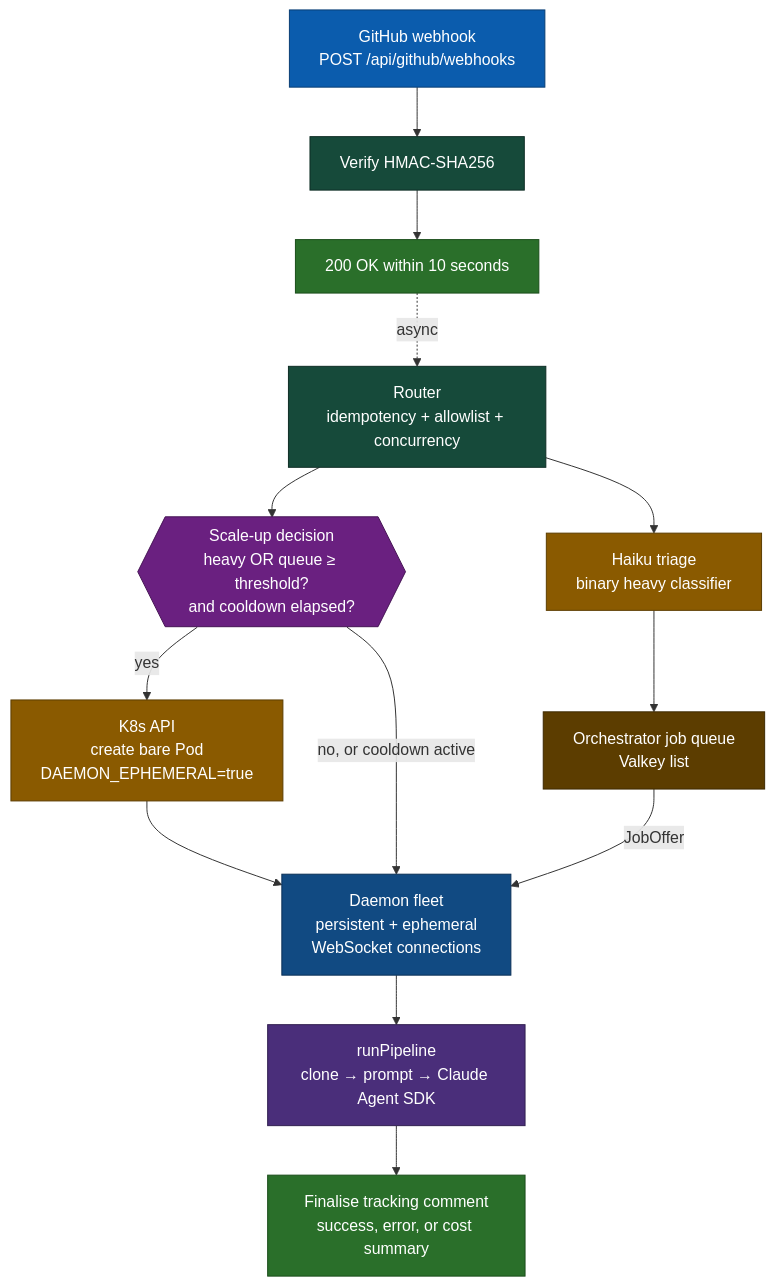
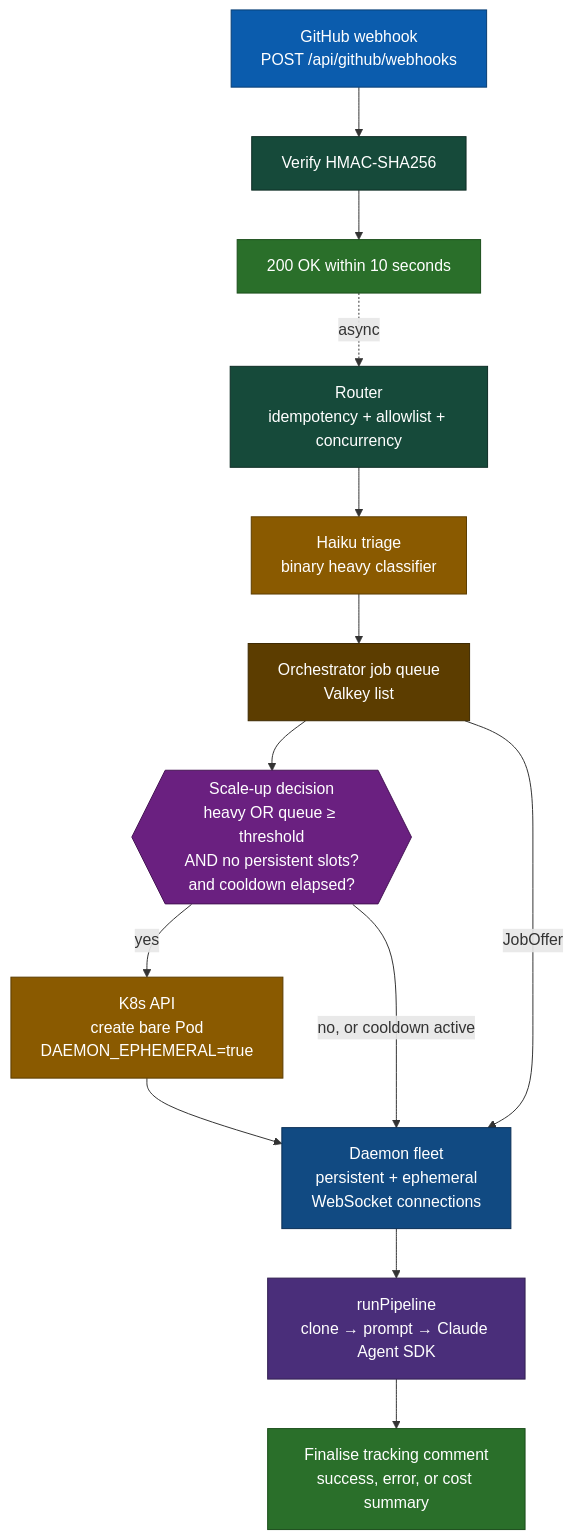
Before and after one commit to chrisleekr/github-app-playground: the diagram in docs/ARCHITECTURE.md, drawn with Mermaid. The commit also changed 10 other files, not shown here.

````diff
--- a/docs/ARCHITECTURE.md
+++ b/docs/ARCHITECTURE.md
@@ -7,36 +7,36 @@
 ```mermaid
 flowchart TD
     GH["GitHub webhook<br/>POST /api/github/webhooks"]:::entry
     VERIFY["Verify HMAC-SHA256"]:::guard
     ACK["200 OK within 10 seconds"]:::ack
     ROUTE["Router<br/>idempotency + allowlist + concurrency"]:::guard
     TR["Haiku triage<br/>binary heavy classifier"]:::decide
     QUEUE["Orchestrator job queue<br/>Valkey list"]:::store
-    SCALE{{"Scale-up decision<br/>heavy OR queue ≥ threshold?<br/>and cooldown elapsed?"}}:::fork
+    SCALE{{"Scale-up decision<br/>heavy OR queue ≥ threshold<br/>AND no persistent slots?<br/>and cooldown elapsed?"}}:::fork
     SPAWN["K8s API<br/>create bare Pod<br/>DAEMON_EPHEMERAL=true"]:::decide
     FLEET["Daemon fleet<br/>persistent + ephemeral<br/>WebSocket connections"]:::target
     PIPE["runPipeline<br/>clone → prompt → Claude Agent SDK"]:::work
     FIN["Finalise tracking comment<br/>success, error, or cost summary"]:::done
 
     GH --> VERIFY --> ACK
     ACK -. async .-> ROUTE
     ROUTE --> TR
     TR --> QUEUE
-    ROUTE --> SCALE
+    QUEUE --> SCALE
     SCALE -->|yes| SPAWN
     SPAWN --> FLEET
     SCALE -->|no, or cooldown active| FLEET
     QUEUE -->|JobOffer| FLEET
     FLEET --> PIPE
     PIPE --> FIN
 
     classDef entry fill:#0b5cad,stroke:#083e74,color:#ffffff
     classDef guard fill:#164a3a,stroke:#0d2c24,color:#ffffff
     classDef ack fill:#2a6f2a,stroke:#1a4d1a,color:#ffffff
     classDef decide fill:#8a5a00,stroke:#5c3d00,color:#ffffff
     classDef fork fill:#6a2080,stroke:#451454,color:#ffffff
     classDef target fill:#114a82,stroke:#0a2f56,color:#ffffff
     classDef work fill:#4a2e7a,stroke:#311f50,color:#ffffff
     classDef store fill:#5c3d00,stroke:#3d2900,color:#ffffff
     classDef done fill:#2a6f2a,stroke:#1a4d1a,color:#ffffff
 ```
````
